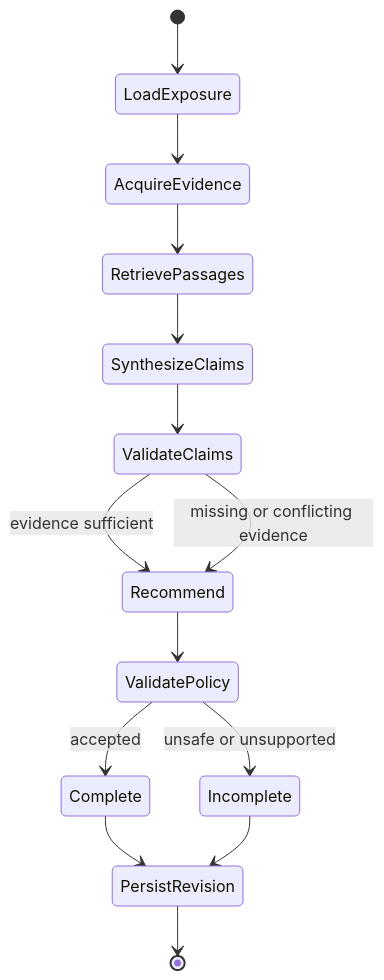
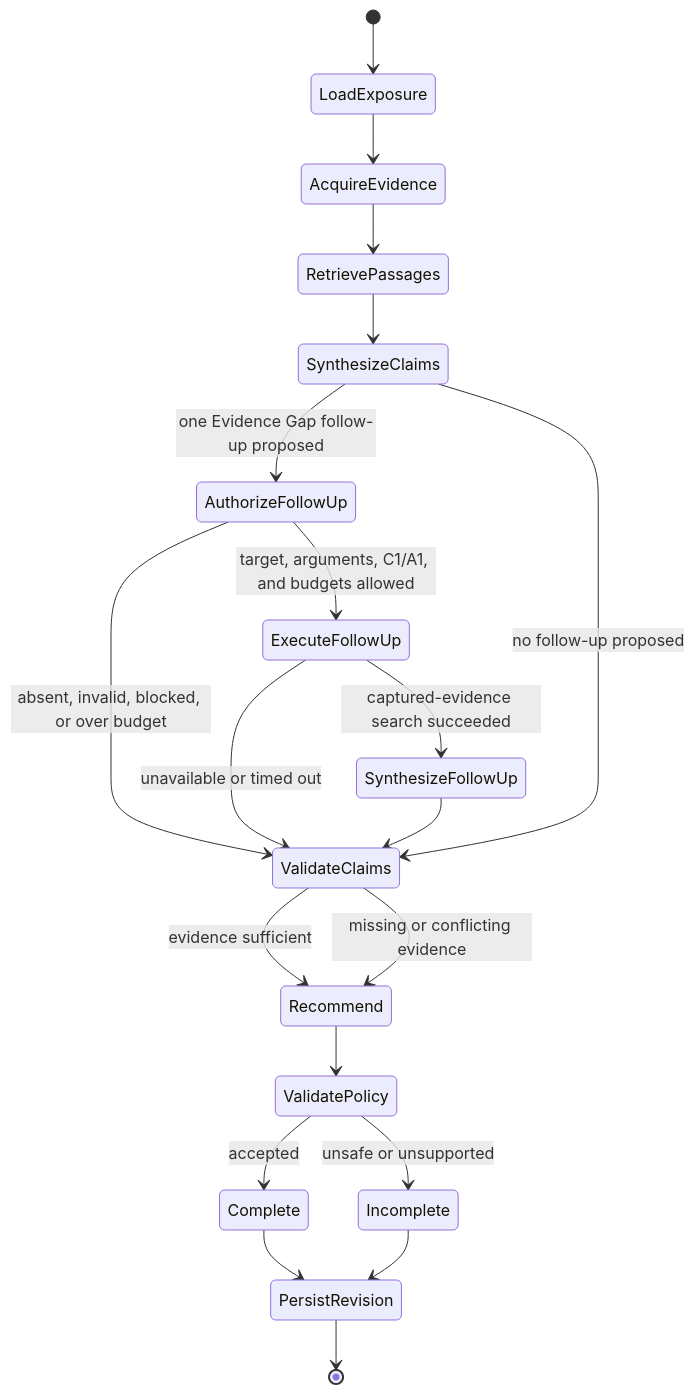
Before and after one commit to jtabalon/exposure-ledger: the diagram in docs/architecture/AGENT_GRAPH.md, drawn with Mermaid. The commit also changed other lines of this file and 22 other files, not shown here.

Commit message:
Implement bounded Evidence Gap follow-ups (#14)

````diff
--- a/docs/architecture/AGENT_GRAPH.md
+++ b/docs/architecture/AGENT_GRAPH.md
@@ -3,16 +3,22 @@
 ```mermaid
 stateDiagram-v2
     [*] --> LoadExposure
     LoadExposure --> AcquireEvidence
     AcquireEvidence --> RetrievePassages
     RetrievePassages --> SynthesizeClaims
-    SynthesizeClaims --> ValidateClaims
+    SynthesizeClaims --> AuthorizeFollowUp: one Evidence Gap follow-up proposed
+    AuthorizeFollowUp --> ExecuteFollowUp: target, arguments, C1/A1, and budgets allowed
+    AuthorizeFollowUp --> ValidateClaims: absent, invalid, blocked, or over budget
+    ExecuteFollowUp --> SynthesizeFollowUp: captured-evidence search succeeded
+    ExecuteFollowUp --> ValidateClaims: unavailable or timed out
+    SynthesizeFollowUp --> ValidateClaims
+    SynthesizeClaims --> ValidateClaims: no follow-up proposed
     ValidateClaims --> Recommend: evidence sufficient
     ValidateClaims --> Recommend: missing or conflicting evidence
     Recommend --> ValidatePolicy
     ValidatePolicy --> Complete: accepted
     ValidatePolicy --> Incomplete: unsafe or unsupported
     Complete --> PersistRevision
     Incomplete --> PersistRevision
     PersistRevision --> [*]
 ```
````
